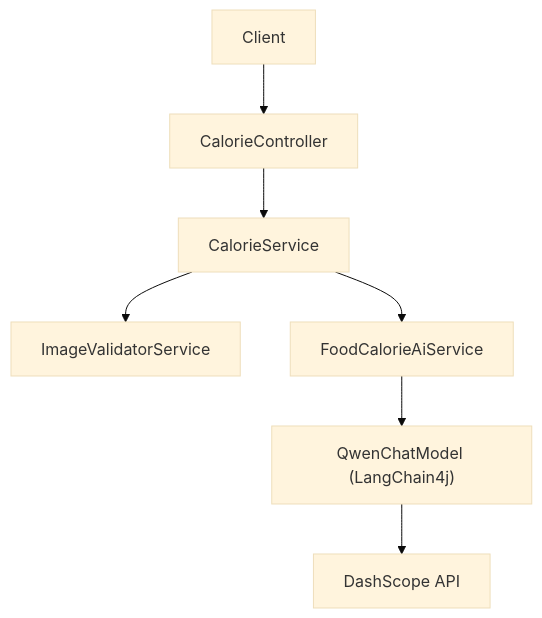
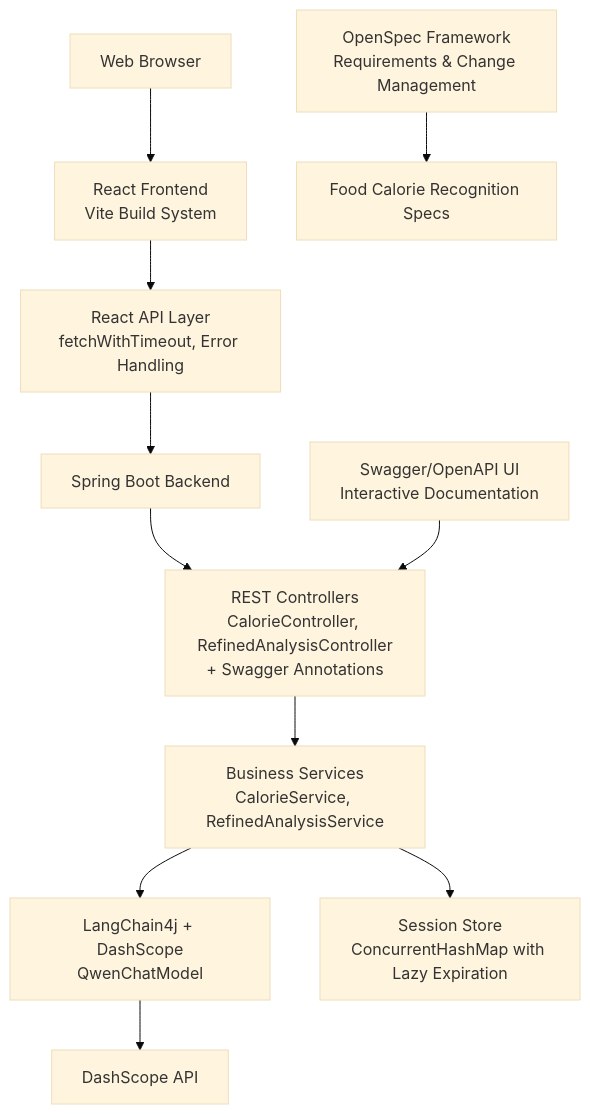
Before and after one commit to Meng-hh/heat_calculate: the second of 2 diagrams in .qoder/repowiki/en/content/Configuration and Deployment.md, drawn with Mermaid (base theme). The commit also changed other lines of this file and 25 other files, not shown here.

````diff
--- a/.qoder/repowiki/en/content/Configuration and Deployment.md
+++ b/.qoder/repowiki/en/content/Configuration and Deployment.md
@@ -100,16 +126,23 @@
 ```mermaid
 graph TB
-Client["Client"]
-Ctrl["CalorieController"]
-Svc["CalorieService"]
-Val["ImageValidatorService"]
-AI["FoodCalorieAiService"]
-Model["QwenChatModel (LangChain4j)"]
-DS["DashScope API"]
-Client --> Ctrl
-Ctrl --> Svc
-Svc --> Val
-Svc --> AI
-AI --> Model
-Model --> DS
+Client["Web Browser"]
+Frontend["React Frontend<br/>Vite Build System"]
+API["React API Layer<br/>fetchWithTimeout, Error Handling"]
+Backend["Spring Boot Backend"]
+Controllers["REST Controllers<br/>CalorieController, RefinedAnalysisController<br/>+ Swagger Annotations"]
+Services["Business Services<br/>CalorieService, RefinedAnalysisService"]
+AI["LangChain4j + DashScope<br/>QwenChatModel"]
+DB["Session Store<br/>ConcurrentHashMap with Lazy Expiration"]
+Swagger["Swagger/OpenAPI UI<br/>Interactive Documentation"]
+OpenSpec["OpenSpec Framework<br/>Requirements & Change Management"]
+Client --> Frontend
+Frontend --> API
+API --> Backend
+Backend --> Controllers
+Controllers --> Services
+Services --> AI
+Services --> DB
+AI --> DashScope["DashScope API"]
+Swagger --> Controllers
+OpenSpec --> Requirements["Food Calorie Recognition Specs"]
 ```
````
